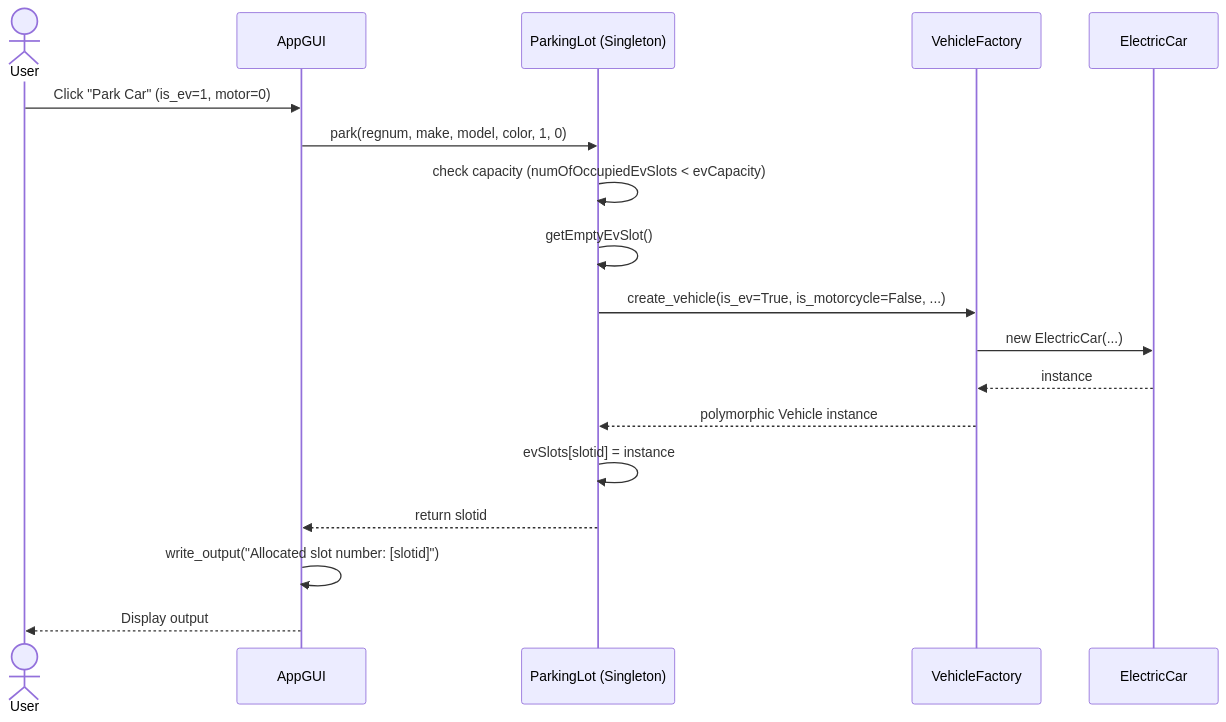
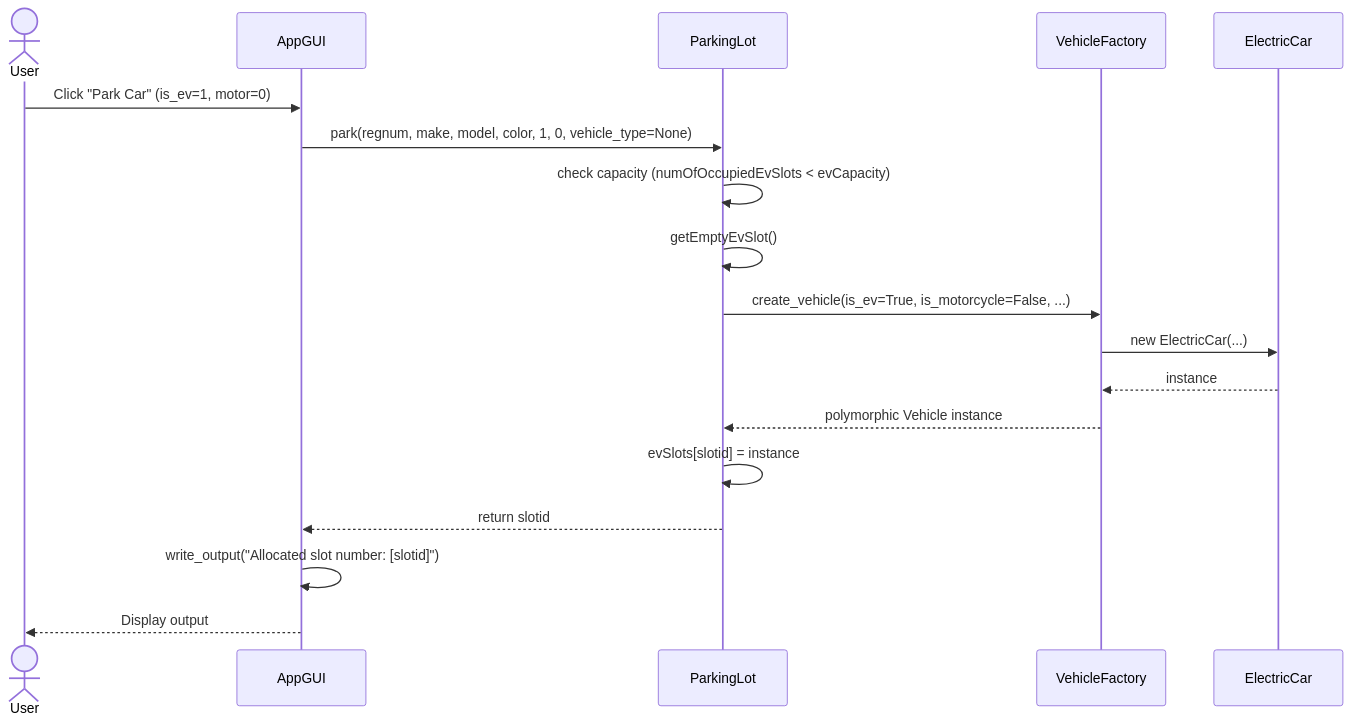
Before and after one commit to phuocnguyen90/msse: the fourth of 4 diagrams in project_3_software_design/11_UML_Diagrams.md, drawn with Mermaid. The commit also changed other lines of this file and 7 other files, not shown here.

````diff
--- a/project_3_software_design/11_UML_Diagrams.md
+++ b/project_3_software_design/11_UML_Diagrams.md
@@ -178,21 +180,21 @@
 ```mermaid
 sequenceDiagram
     actor User
     participant GUI as AppGUI
-    participant PL as ParkingLot (Singleton)
+    participant PL as ParkingLot
     participant VF as VehicleFactory
     participant EC as ElectricCar
     
     User->>GUI: Click "Park Car" (is_ev=1, motor=0)
-    GUI->>PL: park(regnum, make, model, color, 1, 0)
+    GUI->>PL: park(regnum, make, model, color, 1, 0, vehicle_type=None)
     PL->>PL: check capacity (numOfOccupiedEvSlots < evCapacity)
     PL->>PL: getEmptyEvSlot()
     PL->>VF: create_vehicle(is_ev=True, is_motorcycle=False, ...)
     VF->>EC: new ElectricCar(...)
     EC-->>VF: instance
     VF-->>PL: polymorphic Vehicle instance
     PL->>PL: evSlots[slotid] = instance
     PL-->>GUI: return slotid
     GUI->>GUI: write_output("Allocated slot number: [slotid]")
     GUI-->>User: Display output
 ```
````
